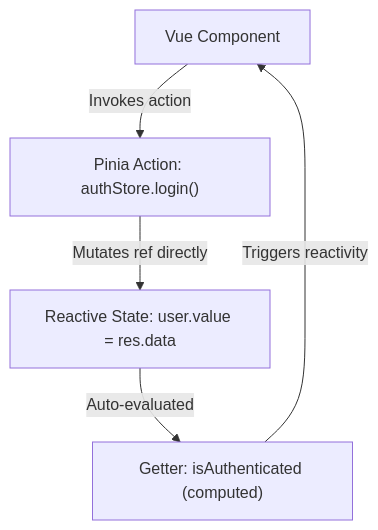
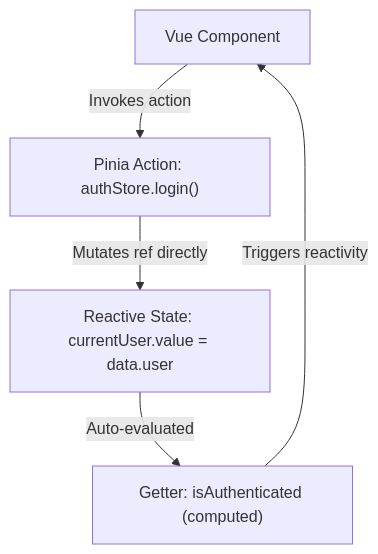
Diagram 19 of 28 in README.md (TheLearningHubOrg/learn-vue), drawn with Mermaid before and after one commit. The commit also changed other lines of this file and 42 other files, not shown here.

````diff
--- a/README.md
+++ b/README.md
@@ -405,7 +2224,7 @@
 ```mermaid
-graph TD
+flowchart TD
     UI["Vue Component"] -->|"Invokes action"| ACT["Pinia Action: authStore.login()"]
-    ACT -->|"Mutates ref directly"| STATE["Reactive State: user.value = res.data"]
+    ACT -->|"Mutates ref directly"| STATE["Reactive State: currentUser.value = data.user"]
     STATE -->|"Auto-evaluated"| GETTER["Getter: isAuthenticated (computed)"]
     GETTER -->|"Triggers reactivity"| UI
 ```
````
